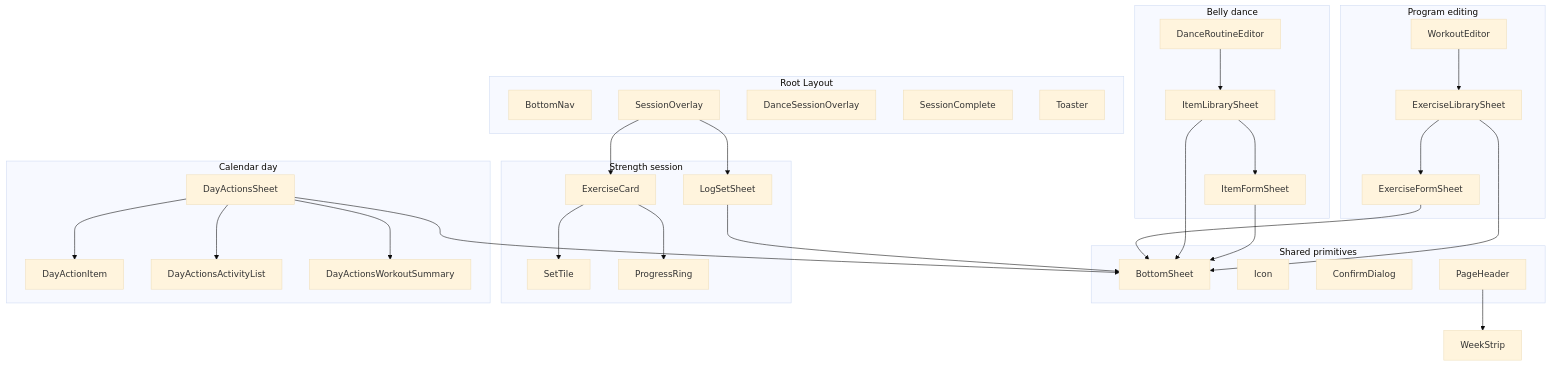
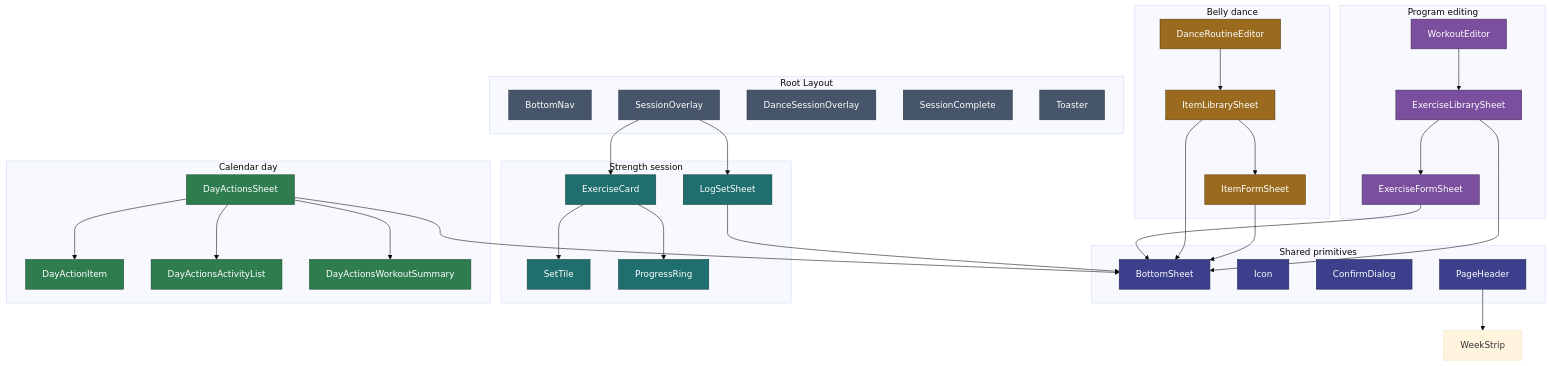
The diagram in docs/implementation/components.md (jermbo/CosmicWorkOut), drawn with Mermaid (base theme) before and after one commit. The commit also changed other lines of this file and 132 other files, not shown here.

````diff
--- a/docs/implementation/components.md
+++ b/docs/implementation/components.md
@@ -159,51 +164,64 @@
 ```mermaid
 flowchart TB
     subgraph layout ["Root Layout"]
         BN[BottomNav]
         SO[SessionOverlay]
         DSO[DanceSessionOverlay]
         SC[SessionComplete]
         TO[Toaster]
     end
 
     subgraph shared ["Shared primitives"]
         BS[BottomSheet]
         IC[Icon]
         CD[ConfirmDialog]
         PH[PageHeader]
     end
 
     subgraph strength ["Strength session"]
         EC[ExerciseCard]
         ST[SetTile]
         LS[LogSetSheet]
         PR[ProgressRing]
     end
 
     subgraph editor ["Program editing"]
         WE[WorkoutEditor]
         ELS[ExerciseLibrarySheet]
         EFS[ExerciseFormSheet]
     end
 
     subgraph dance ["Belly dance"]
         DRE[DanceRoutineEditor]
         ILS[ItemLibrarySheet]
         IFS[ItemFormSheet]
     end
 
     subgraph dayactions ["Calendar day"]
         DAS[DayActionsSheet]
         DAI[DayActionItem]
         DAAL[DayActionsActivityList]
         DAWS[DayActionsWorkoutSummary]
     end
 
     SO --> EC --> PR & ST
     SO --> LS
     WE --> ELS --> EFS
     DRE --> ILS --> IFS
     DAS --> DAI & DAAL & DAWS
     PH --> WeekStrip
     LS & EFS & ILS & IFS & ELS & DAS --> BS
+
+    classDef layout fill:#465569,stroke:#28313e,color:#ffffff;
+    classDef shared fill:#3b3f8c,stroke:#23264f,color:#ffffff;
+    classDef strength fill:#1f6f6f,stroke:#0f3a3a,color:#ffffff;
+    classDef editor fill:#7a4f9e,stroke:#46295c,color:#ffffff;
+    classDef dance fill:#9a6a1f,stroke:#5c3f12,color:#ffffff;
+    classDef day fill:#2f7d4f,stroke:#1a472d,color:#ffffff;
+    class BN,SO,DSO,SC,TO layout;
+    class BS,IC,CD,PH shared;
+    class EC,ST,LS,PR strength;
+    class WE,ELS,EFS editor;
+    class DRE,ILS,IFS dance;
+    class DAS,DAI,DAAL,DAWS day;
 ```
````
